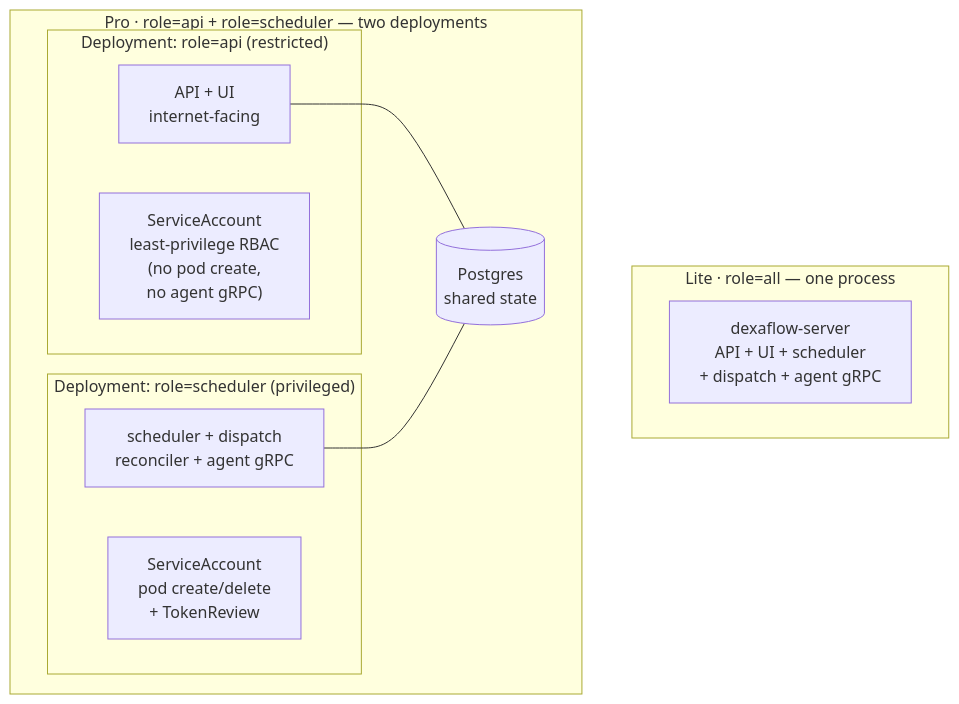
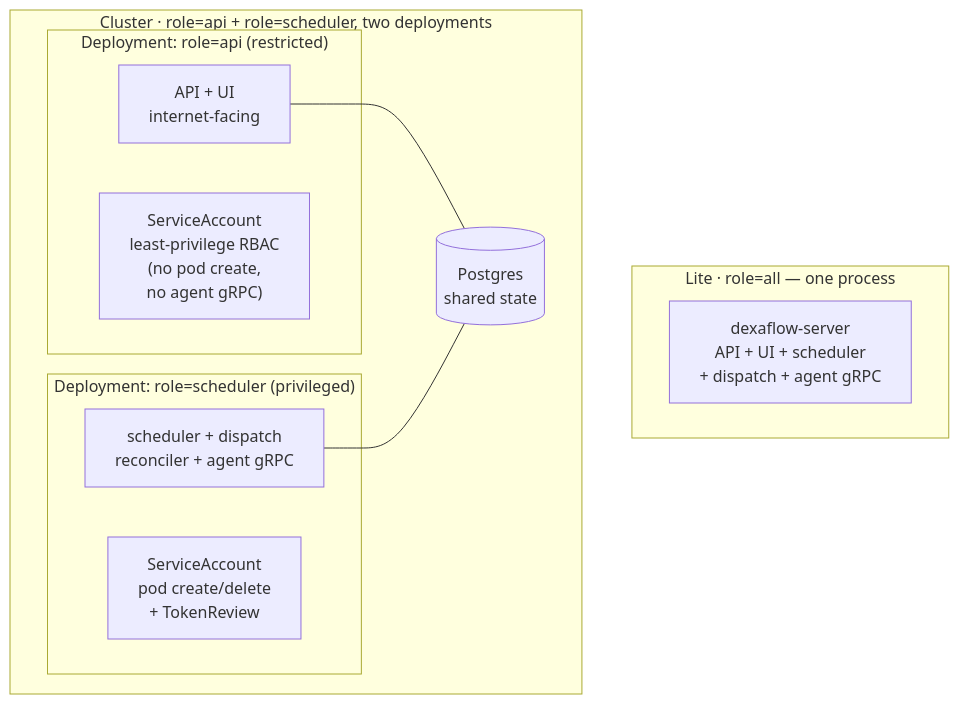
One commit to dexadata/dexaflow changed the diagram in website/content/concepts/editions.md. Above: the diagram before and after it, drawn with Mermaid. The commit also changed other lines of this file and 73 other files, not shown here.

````diff
--- a/website/content/concepts/editions.md
+++ b/website/content/concepts/editions.md
@@ -184,20 +185,20 @@
 ```mermaid
 flowchart TB
   subgraph LITE["Lite · role=all — one process"]
     ALL["dexaflow-server<br/>API + UI + scheduler<br/>+ dispatch + agent gRPC"]
   end
 
-  subgraph PRO["Pro · role=api + role=scheduler — two deployments"]
+  subgraph CLUSTER["Cluster · role=api + role=scheduler, two deployments"]
     direction LR
     subgraph D1["Deployment: role=api (restricted)"]
       APIP["API + UI<br/>internet-facing"]
       RB1["ServiceAccount<br/>least-privilege RBAC<br/>(no pod create,<br/>no agent gRPC)"]
     end
     subgraph D2["Deployment: role=scheduler (privileged)"]
       SCHP["scheduler + dispatch<br/>reconciler + agent gRPC"]
       RB2["ServiceAccount<br/>pod create/delete<br/>+ TokenReview"]
     end
     APIP --- PGP[("Postgres<br/>shared state")]
     SCHP --- PGP
   end
 ```
````
